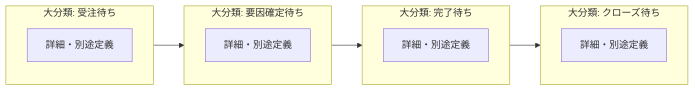
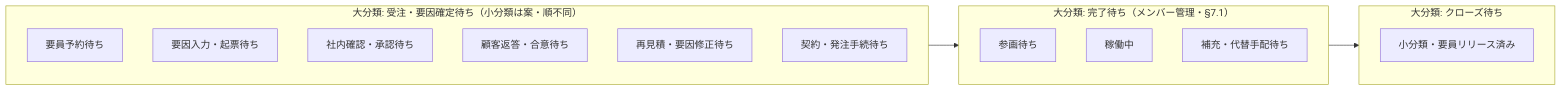
Before and after one commit to keisuke-ota-adc/AutoAssignAgent: the diagram in docs/project-status.md, drawn with Mermaid. The commit also changed other lines of this file and 3 other files, not shown here.

````diff
--- a/docs/project-status.md
+++ b/docs/project-status.md
@@ -31,20 +30,23 @@
 ```mermaid
 flowchart LR
-  subgraph p1["大分類: 受注待ち"]
+  subgraph p1["大分類: 受注・要因確定待ち（小分類は案・順不同）"]
     direction TB
-    p1l2[詳細・別途定義]
+    p1a[要員予約待ち]
+    p1b[要因入力・起票待ち]
+    p1c[社内確認・承認待ち]
+    p1d[顧客返答・合意待ち]
+    p1e[再見積・要因修正待ち]
+    p1f[契約・発注手続待ち]
   end
-  subgraph p2["大分類: 要因確定待ち"]
+  subgraph p2["大分類: 完了待ち（メンバー管理・§7.1）"]
     direction TB
-    p2l2[詳細・別途定義]
+    p2a[参画待ち]
+    p2b[稼働中]
+    p2c[補充・代替手配待ち]
   end
-  subgraph p3["大分類: 完了待ち"]
+  subgraph p3["大分類: クローズ待ち"]
     direction TB
-    p3l2[詳細・別途定義]
+    p3l2[小分類・要員リリース済み]
   end
-  subgraph p4["大分類: クローズ待ち"]
-    direction TB
-    p4l2[詳細・別途定義]
-  end
-  p1 --> p2 --> p3 --> p4
+  p1 --> p2 --> p3
 ```
````
